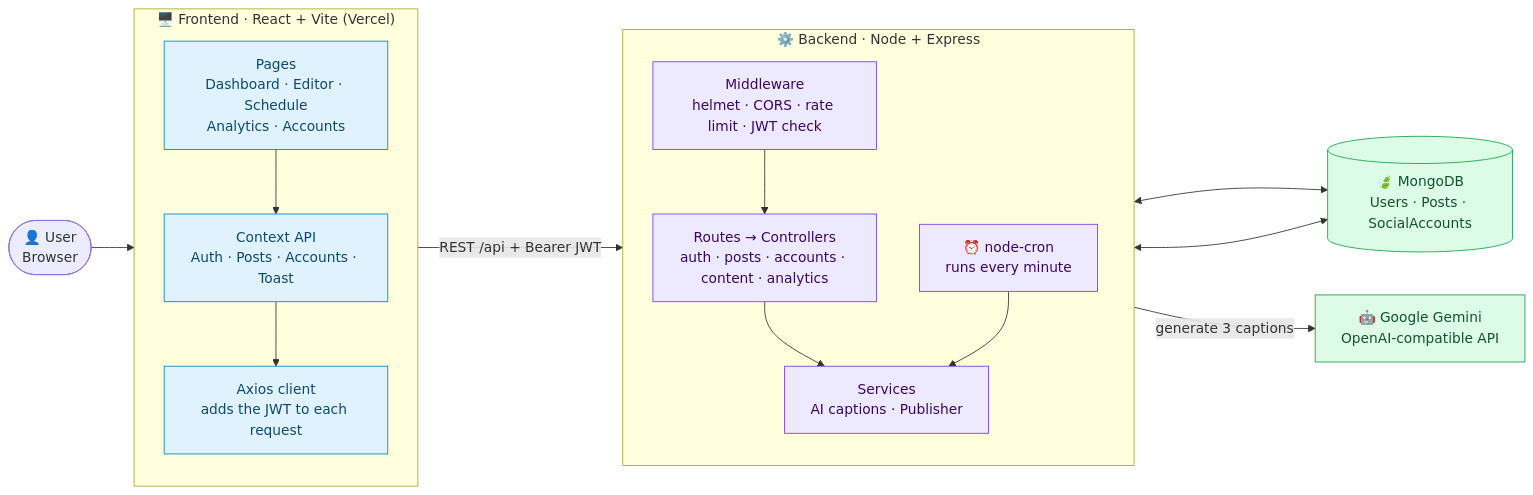
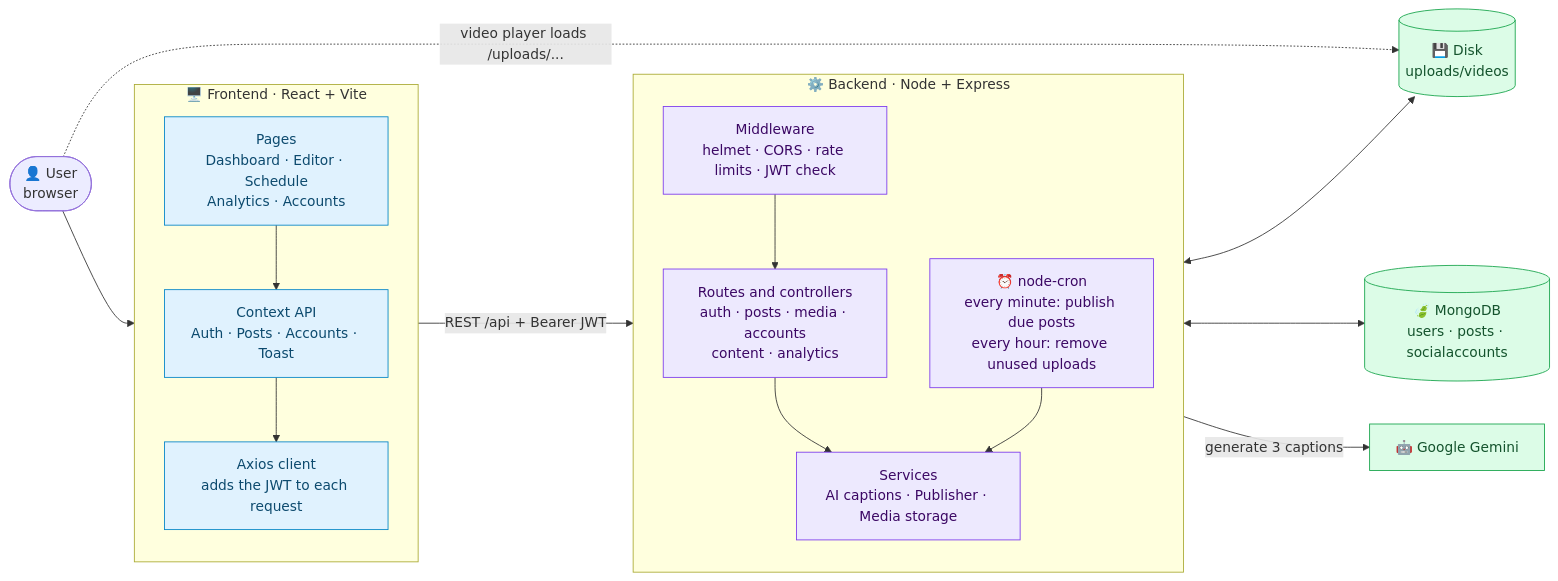
Before and after one commit to anurag-joshi-1403/Social_Sync_Webapp: the second of 12 diagrams in README.md, drawn with Mermaid. The commit also changed other lines of this file, not shown here.

````diff
--- a/README.md
+++ b/README.md
@@ -87,38 +156,40 @@
 ```mermaid
 flowchart LR
-    U(["👤 User<br/>Browser"])
+    U(["👤 User<br/>browser"])
 
-    subgraph FE["🖥️ Frontend · React + Vite (Vercel)"]
+    subgraph FE["🖥️ Frontend · React + Vite"]
         direction TB
         UI["Pages<br/>Dashboard · Editor · Schedule<br/>Analytics · Accounts"]
         CTX["Context API<br/>Auth · Posts · Accounts · Toast"]
         AX["Axios client<br/>adds the JWT to each request"]
         UI --> CTX --> AX
     end
 
     subgraph BE["⚙️ Backend · Node + Express"]
         direction TB
-        MW["Middleware<br/>helmet · CORS · rate limit · JWT check"]
-        RT["Routes → Controllers<br/>auth · posts · accounts · content · analytics"]
-        SV["Services<br/>AI captions · Publisher"]
-        CR["⏰ node-cron<br/>runs every minute"]
+        MW["Middleware<br/>helmet · CORS · rate limits · JWT check"]
+        RT["Routes and controllers<br/>auth · posts · media · accounts<br/>content · analytics"]
+        SV["Services<br/>AI captions · Publisher · Media storage"]
+        CR["⏰ node-cron<br/>every minute: publish due posts<br/>every hour: remove unused uploads"]
         MW --> RT --> SV
         CR --> SV
     end
 
-    DB[("🍃 MongoDB<br/>Users · Posts · SocialAccounts")]
-    AI["🤖 Google Gemini<br/>OpenAI-compatible API"]
+    DB[("🍃 MongoDB<br/>users · posts · socialaccounts")]
+    FS[("💾 Disk<br/>uploads/videos")]
+    AI["🤖 Google Gemini"]
 
     U --> UI
     AX -- "REST /api + Bearer JWT" --> MW
-    RT <--> DB
+    U -. "video player loads /uploads/..." .-> FS
     SV <--> DB
+    SV <--> FS
     SV -- "generate 3 captions" --> AI
 
     classDef fe fill:#E0F2FE,stroke:#0284C7,color:#0C4A6E
     classDef be fill:#EDE9FE,stroke:#7C3AED,color:#3B0764
     classDef ext fill:#DCFCE7,stroke:#16A34A,color:#14532D
     class UI,CTX,AX fe
     class MW,RT,SV,CR be
-    class DB,AI ext
+    class DB,FS,AI ext
 ```
````
